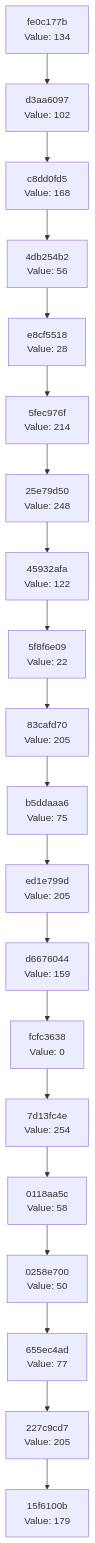
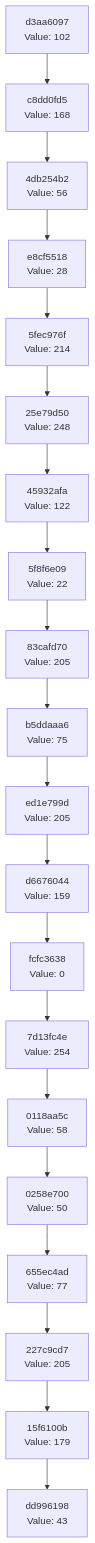
Before and after one commit to Abhisheksinha1506/hash-chain-evolver: the diagram in docs/CHAIN_VISUALIZATION.md, drawn with Mermaid. The commit also changed 1 other file, not shown here.

Commit message:
Evolution step: hash 0x2B → action executed

````diff
--- a/docs/CHAIN_VISUALIZATION.md
+++ b/docs/CHAIN_VISUALIZATION.md
@@ -3,42 +3,42 @@
 ```mermaid
 graph TD
-    C0["15f6100b<br/>Value: 179"]
-    C1["227c9cd7<br/>Value: 205"]
+    C0["dd996198<br/>Value: 43"]
+    C1["15f6100b<br/>Value: 179"]
     C1 --> C0
-    C2["655ec4ad<br/>Value: 77"]
+    C2["227c9cd7<br/>Value: 205"]
     C2 --> C1
-    C3["0258e700<br/>Value: 50"]
+    C3["655ec4ad<br/>Value: 77"]
     C3 --> C2
-    C4["0118aa5c<br/>Value: 58"]
+    C4["0258e700<br/>Value: 50"]
     C4 --> C3
-    C5["7d13fc4e<br/>Value: 254"]
+    C5["0118aa5c<br/>Value: 58"]
     C5 --> C4
-    C6["fcfc3638<br/>Value: 0"]
+    C6["7d13fc4e<br/>Value: 254"]
     C6 --> C5
-    C7["d6676044<br/>Value: 159"]
+    C7["fcfc3638<br/>Value: 0"]
     C7 --> C6
-    C8["ed1e799d<br/>Value: 205"]
+    C8["d6676044<br/>Value: 159"]
     C8 --> C7
-    C9["b5ddaaa6<br/>Value: 75"]
+    C9["ed1e799d<br/>Value: 205"]
     C9 --> C8
-    C10["83cafd70<br/>Value: 205"]
+    C10["b5ddaaa6<br/>Value: 75"]
     C10 --> C9
-    C11["5f8f6e09<br/>Value: 22"]
+    C11["83cafd70<br/>Value: 205"]
     C11 --> C10
-    C12["45932afa<br/>Value: 122"]
+    C12["5f8f6e09<br/>Value: 22"]
     C12 --> C11
-    C13["25e79d50<br/>Value: 248"]
+    C13["45932afa<br/>Value: 122"]
     C13 --> C12
-    C14["5fec976f<br/>Value: 214"]
+    C14["25e79d50<br/>Value: 248"]
     C14 --> C13
-    C15["e8cf5518<br/>Value: 28"]
+    C15["5fec976f<br/>Value: 214"]
     C15 --> C14
-    C16["4db254b2<br/>Value: 56"]
+    C16["e8cf5518<br/>Value: 28"]
     C16 --> C15
-    C17["c8dd0fd5<br/>Value: 168"]
+    C17["4db254b2<br/>Value: 56"]
     C17 --> C16
-    C18["d3aa6097<br/>Value: 102"]
+    C18["c8dd0fd5<br/>Value: 168"]
     C18 --> C17
-    C19["fe0c177b<br/>Value: 134"]
+    C19["d3aa6097<br/>Value: 102"]
     C19 --> C18
 ```
````
